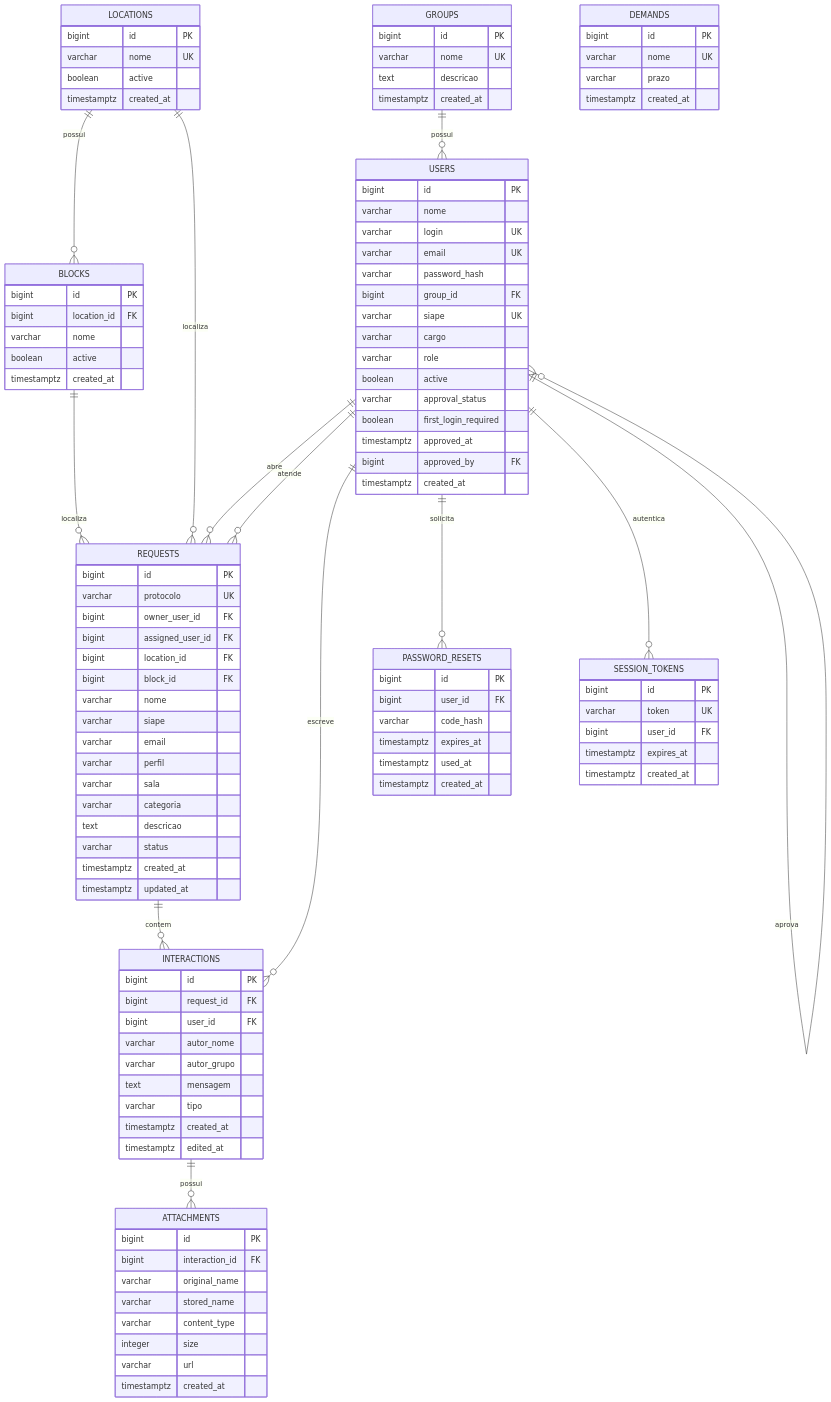
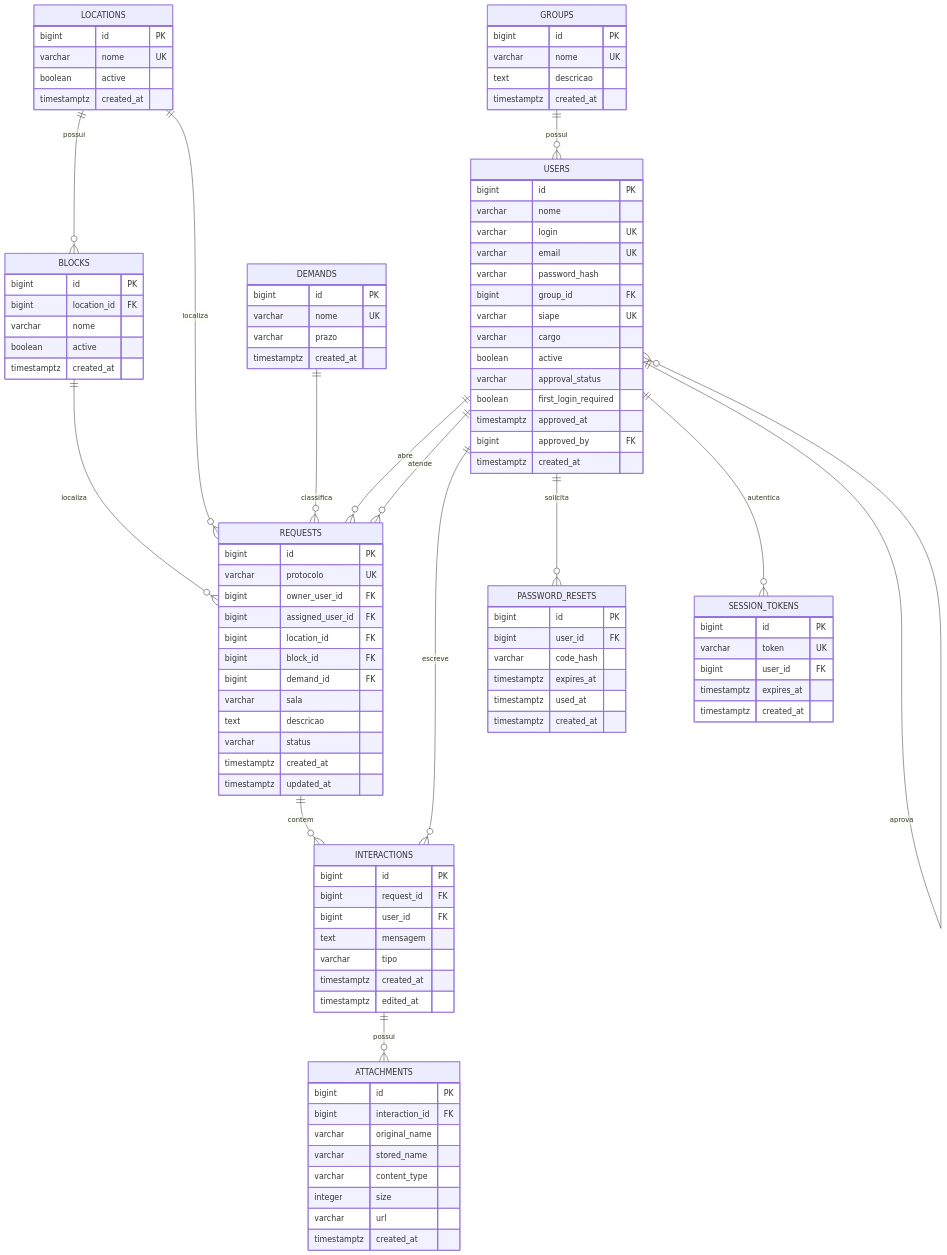
One commit to alexandreggoncalves/os_icet changed the diagram in doc/banco-de-dados.md. Above: the diagram before and after it, drawn with Mermaid. The commit also changed other lines of this file and 13 other files, not shown here.

```diff
--- a/doc/banco-de-dados.md
+++ b/doc/banco-de-dados.md
@@ -22,6 +22,7 @@
     LOCATIONS ||--o{ BLOCKS : possui
     LOCATIONS ||--o{ REQUESTS : localiza
     BLOCKS ||--o{ REQUESTS : localiza
+    DEMANDS ||--o{ REQUESTS : classifica
     REQUESTS ||--o{ INTERACTIONS : contem
     USERS ||--o{ INTERACTIONS : escreve
     INTERACTIONS ||--o{ ATTACHMENTS : possui
@@ -45,7 +46,6 @@
         bigint group_id FK
         varchar siape UK
         varchar cargo
-        varchar role
         boolean active
         varchar approval_status
         boolean first_login_required
@@ -83,12 +83,8 @@
         bigint assigned_user_id FK
         bigint location_id FK
         bigint block_id FK
-        varchar nome
-        varchar siape
-        varchar email
-        varchar perfil
+        bigint demand_id FK
         varchar sala
-        varchar categoria
         text descricao
         varchar status
         timestamptz created_at
@@ -99,8 +95,6 @@
         bigint id PK
         bigint request_id FK
         bigint user_id FK
-        varchar autor_nome
-        varchar autor_grupo
         text mensagem
         varchar tipo
         timestamptz created_at
```
